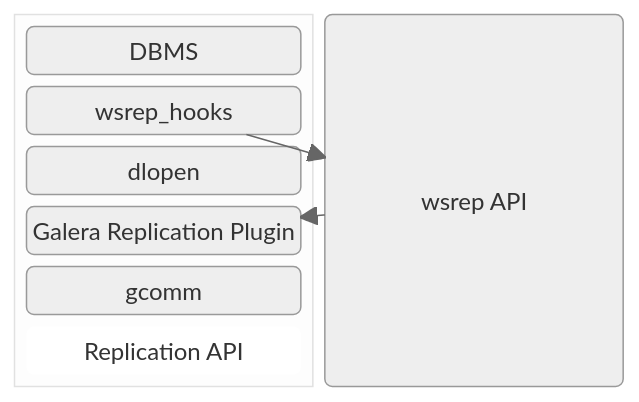
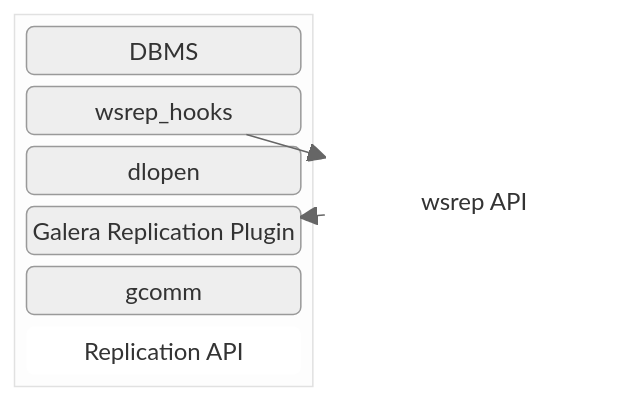
Before and after one commit to rusher/mariadb-docs: the diagram in galera-cluster/galera-architecture/introduction-to-galera-architecture.md, drawn with Mermaid.

Commit message:
Update introduction-to-galera-architecture.md
Diagram: Smaller font, improved styling.

````diff
--- a/galera-cluster/galera-architecture/introduction-to-galera-architecture.md
+++ b/galera-cluster/galera-architecture/introduction-to-galera-architecture.md
@@ -9,25 +9,26 @@
 ```mermaid
 ---
 title: Hello world!
 displayMode: compact
 config:
   theme: "neutral"
   themeVariables:
     primaryColor: "#fff"
     primaryTextColor: "#000"
-    fontSize: 24
+    fontSize: 16
 ---
 block
   block
     columns 1
     A("DBMS")
     B("wsrep_hooks")
     C("dlopen")
     D("Galera Replication Plugin")
     E("gcomm")
     F("Replication API")
+  end
+    B--->G("wsrep API")
+    G--->D
     style F fill:#fff,stroke:#333,stroke-width:0px
-  end
-    B-->G("wsrep API")
-    G-->D
+    style G fill:#fff,stroke:#333,stroke-width:0px
 ```
````
